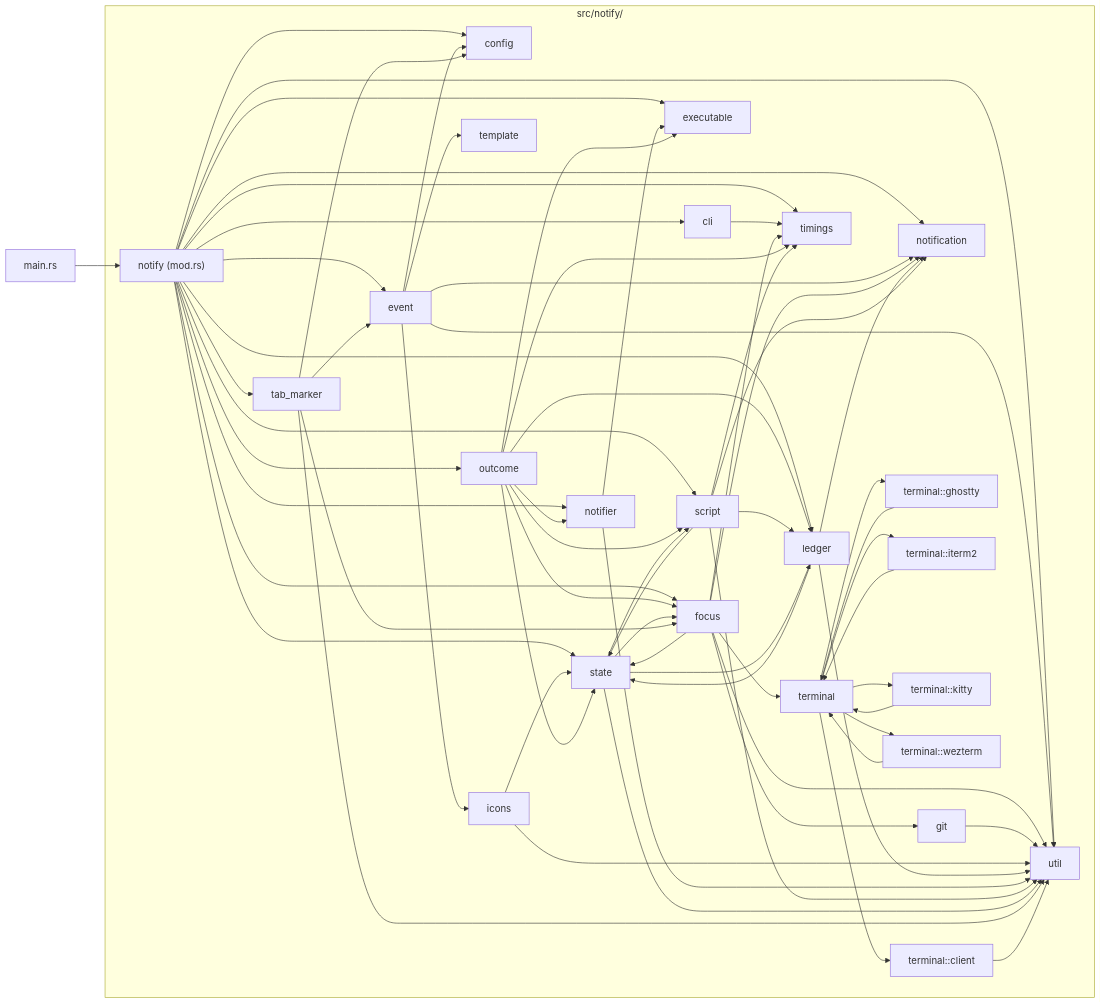
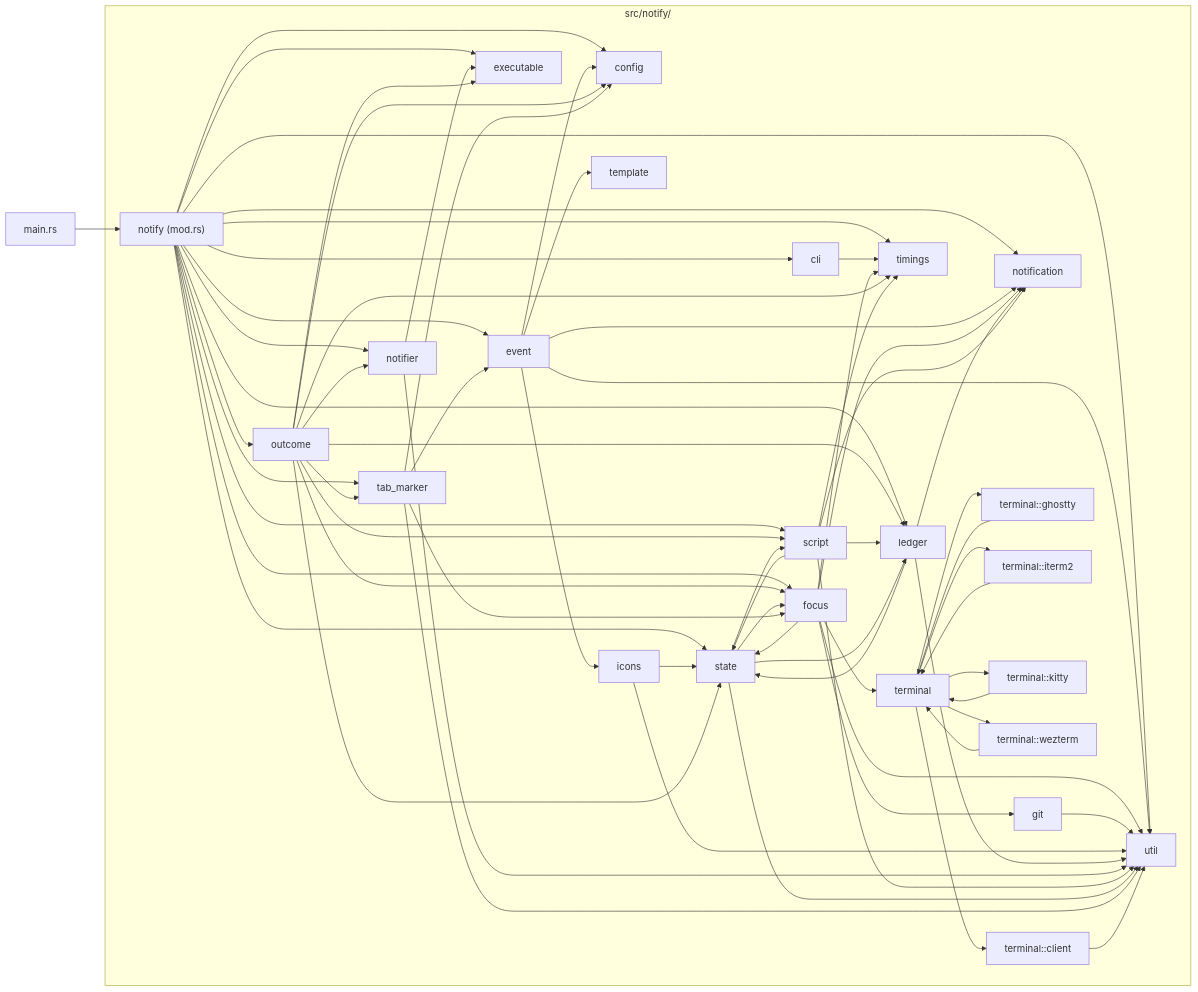
One commit to dagadbm/herdr-dagadbm changed the first of 8 diagrams in docs/architecture.md. Above: the diagram before and after it, drawn with Mermaid. The commit also changed 3 other files, not shown here.

```diff
--- a/docs/architecture.md
+++ b/docs/architecture.md
@@ -133,12 +133,14 @@
   notify_ledger --> notify_util
   notify_notifier --> notify_executable
   notify_notifier --> notify_util
+  notify_outcome --> notify_config
   notify_outcome --> notify_executable
   notify_outcome --> notify_focus
   notify_outcome --> notify_ledger
   notify_outcome --> notify_notifier
   notify_outcome --> notify_script
   notify_outcome --> notify_state
+  notify_outcome --> notify_tab_marker
   notify_outcome --> notify_timings
   notify_script --> notify_ledger
   notify_script --> notify_notification
```
